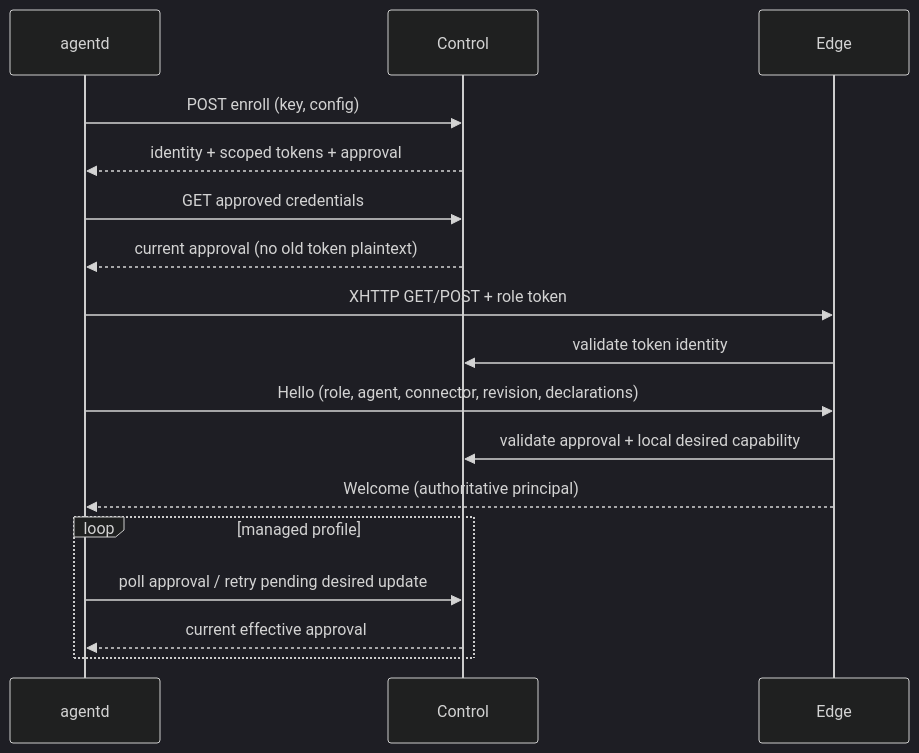
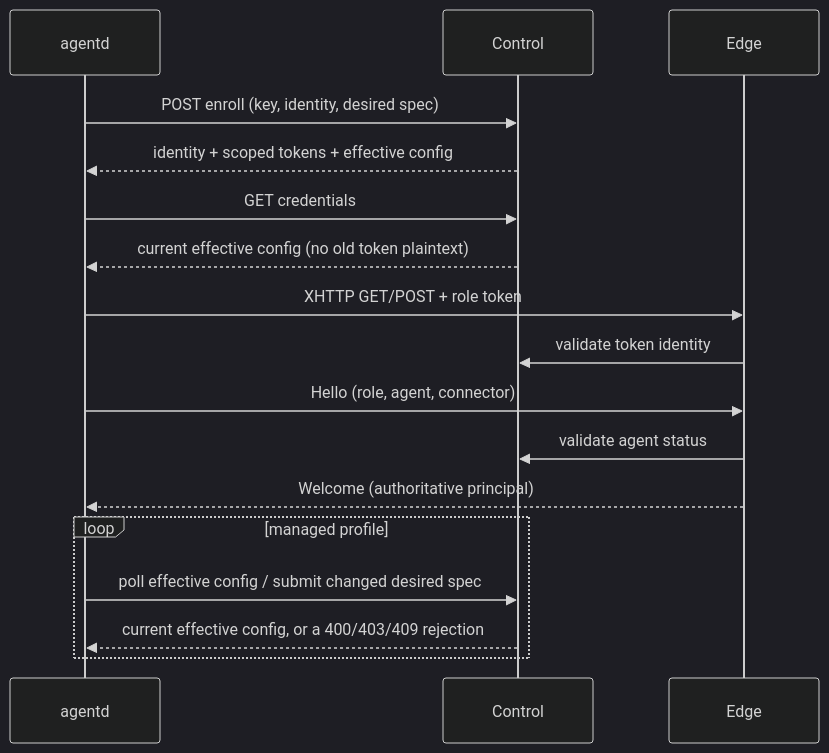
The second of 2 diagrams in docs/backend-implementation.md (Bit-Precise/agents), drawn with Mermaid (dark theme) before and after one commit. The commit also changed other lines of this file and 52 other files, not shown here.

````diff
--- a/docs/backend-implementation.md
+++ b/docs/backend-implementation.md
@@ -71,19 +61,19 @@
 ```mermaid
 sequenceDiagram
     participant D as agentd
     participant C as Control
     participant E as Edge
-    D->>C: POST enroll (key, config)
-    C-->>D: identity + scoped tokens + approval
-    D->>C: GET approved credentials
-    C-->>D: current approval (no old token plaintext)
+    D->>C: POST enroll (key, identity, desired spec)
+    C-->>D: identity + scoped tokens + effective config
+    D->>C: GET credentials
+    C-->>D: current effective config (no old token plaintext)
     D->>E: XHTTP GET/POST + role token
     E->>C: validate token identity
-    D->>E: Hello (role, agent, connector, revision, declarations)
-    E->>C: validate approval + local desired capability
+    D->>E: Hello (role, agent, connector)
+    E->>C: validate agent status
     E-->>D: Welcome (authoritative principal)
     loop managed profile
-        D->>C: poll approval / retry pending desired update
-        C-->>D: current effective approval
+        D->>C: poll effective config / submit changed desired spec
+        C-->>D: current effective config, or a 400/403/409 rejection
     end
 ```
````
